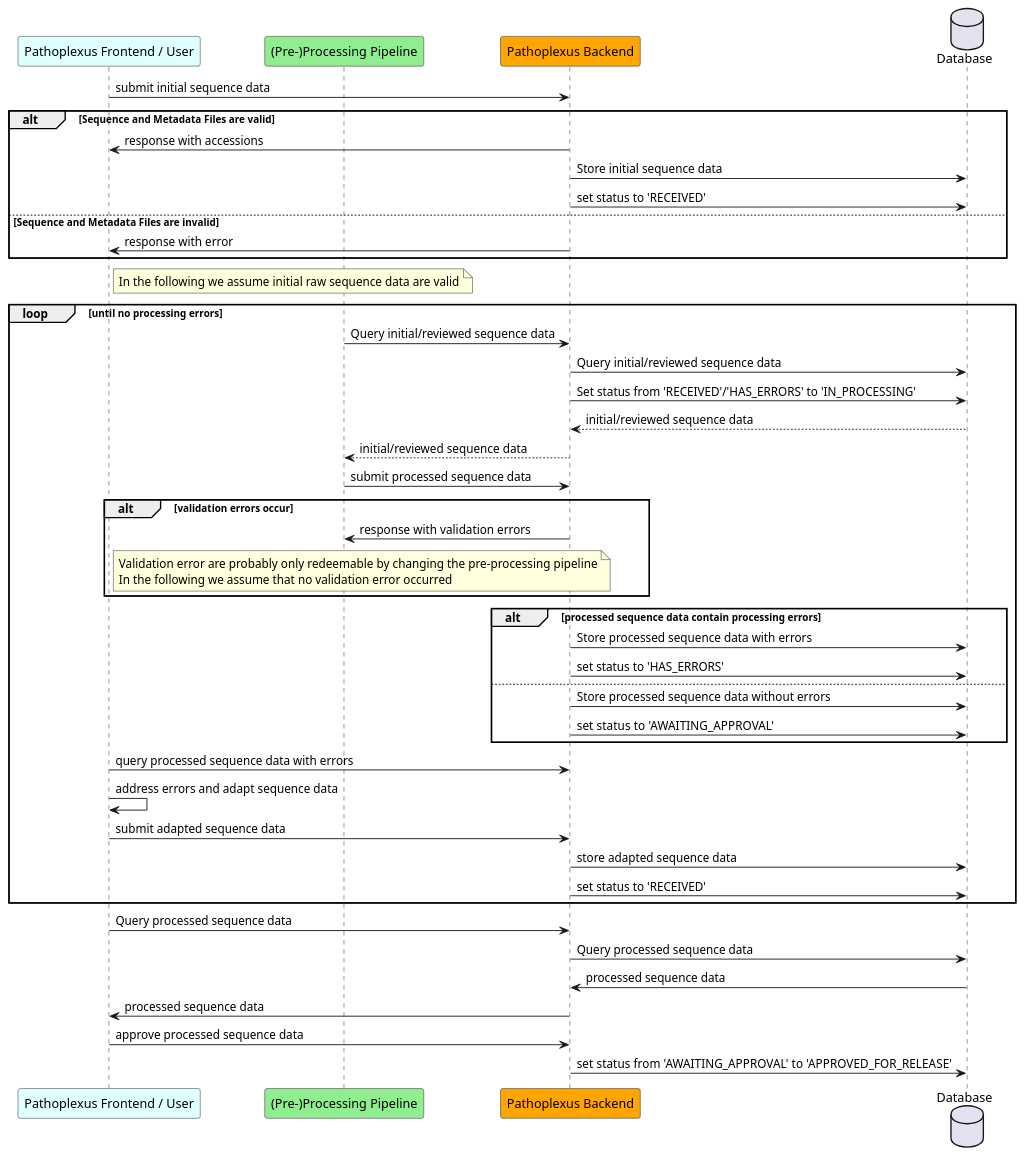
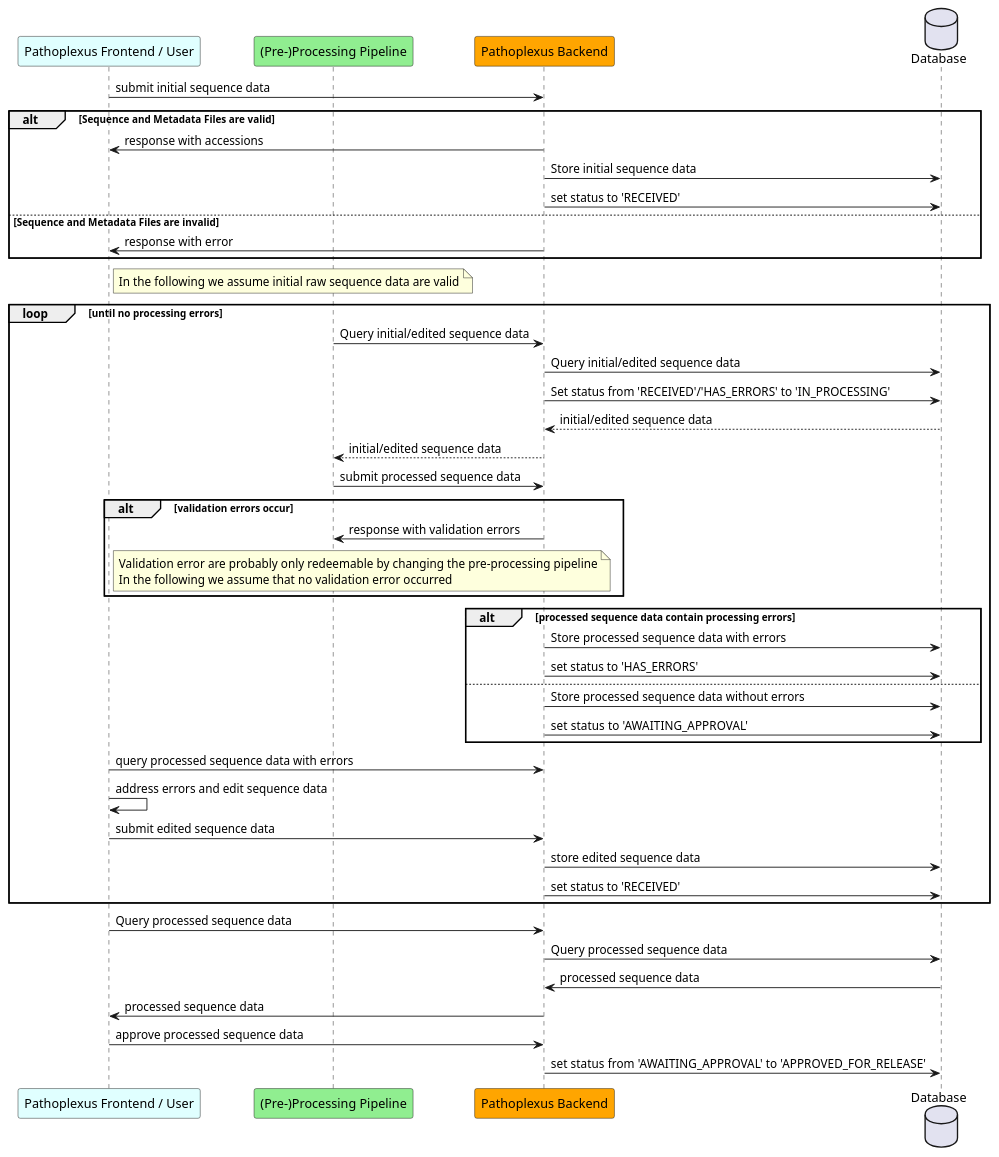
One commit to loculus-project/loculus changed the diagram in backend/docs/plantuml/sequenceInitialSubmission.puml. Above: the diagram before and after it, drawn with PlantUML. The commit also changed 41 other files, not shown here.

Commit message:
refactor(backend): replace review where appropriate, numberOfSequences, delete-sequences

```diff
--- a/backend/docs/plantuml/sequenceInitialSubmission.puml
+++ b/backend/docs/plantuml/sequenceInitialSubmission.puml
@@ -1,61 +1,61 @@
 @startuml
     participant "Pathoplexus Frontend / User" as frontend #LightCyan
     participant "(Pre-)Processing Pipeline" as processing #LightGreen
     participant "Pathoplexus Backend" as backend #Orange
     database "Database" as DB
 
     frontend -> backend: submit initial sequence data
     alt Sequence and Metadata Files are valid
         backend -> frontend: response with accessions
         backend -> DB: Store initial sequence data
         backend -> DB: set status to 'RECEIVED'
     else Sequence and Metadata Files are invalid
         backend -> frontend: response with error
     end
 
    note right of frontend
       In the following we assume initial raw sequence data are valid
    end note
 
     loop until no processing errors
 
-        processing -> backend: Query initial/reviewed sequence data
-        backend -> DB: Query initial/reviewed sequence data
+        processing -> backend: Query initial/edited sequence data
+        backend -> DB: Query initial/edited sequence data
         backend -> DB: Set status from 'RECEIVED'/'HAS_ERRORS' to 'IN_PROCESSING'
-        DB --> backend: initial/reviewed sequence data
-        backend --> processing: initial/reviewed sequence data
+        DB --> backend: initial/edited sequence data
+        backend --> processing: initial/edited sequence data
 
         processing -> backend: submit processed sequence data
         alt validation errors occur
             backend -> processing: response with validation errors
              note right of frontend
                   Validation error are probably only redeemable by changing the pre-processing pipeline
                   In the following we assume that no validation error occurred
                end note
         end loop
 
         alt processed sequence data contain processing errors
             backend -> DB: Store processed sequence data with errors
             backend -> DB: set status to 'HAS_ERRORS'
         else
             backend -> DB: Store processed sequence data without errors
             backend -> DB: set status to 'AWAITING_APPROVAL'
         end
          frontend -> backend: query processed sequence data with errors
-        frontend -> frontend: address errors and adapt sequence data
+        frontend -> frontend: address errors and edit sequence data
 
-        frontend -> backend: submit adapted sequence data
-        backend -> DB: store adapted sequence data
+        frontend -> backend: submit edited sequence data
+        backend -> DB: store edited sequence data
         backend -> DB: set status to 'RECEIVED'
     end loop
 
 
     frontend -> backend: Query processed sequence data
     backend -> DB: Query processed sequence data
     DB -> backend: processed sequence data
     backend -> frontend: processed sequence data
 
     frontend -> backend: approve processed sequence data
     backend -> DB: set status from 'AWAITING_APPROVAL' to 'APPROVED_FOR_RELEASE'
 
 @enduml
```
